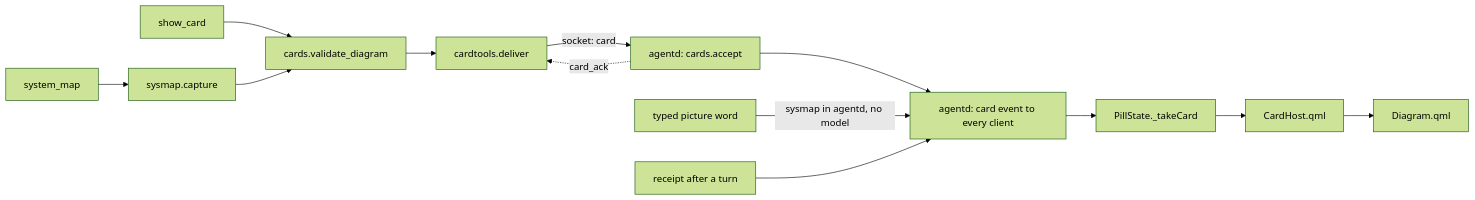
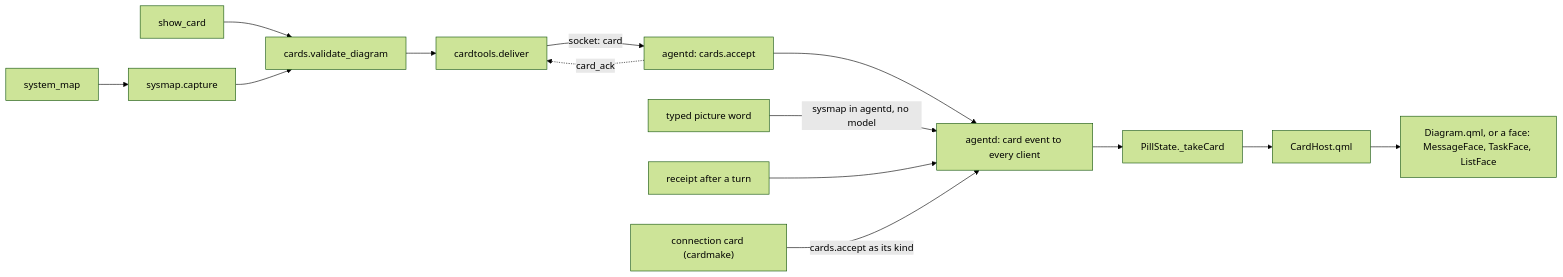
The first of 3 diagrams in docs/architecture/cards-and-pictures.md (thedefaultman/Bombadil), drawn with Mermaid (forest theme) before and after one commit. The commit also changed other lines of this file and 10 other files, not shown here.

First line of the commit message:
docs: messages and connections page, its contract page checked, and the pages for the agent daemon, shell, cards, mail, session services and browser updated (work in progress)

````diff
--- a/docs/architecture/cards-and-pictures.md
+++ b/docs/architecture/cards-and-pictures.md
@@ -41,15 +45,16 @@
 ```mermaid
 flowchart LR
     SC["show_card"] --> VAL["cards.validate_diagram"]
     SM["system_map"] --> CAP["sysmap.capture"]
     CAP --> VAL
     VAL --> DEL["cardtools.deliver"]
     DEL -->|"socket: card"| ACC["agentd: cards.accept"]
     ACC -.->|"card_ack"| DEL
     ACC --> BC["agentd: card event to every client"]
     PW["typed picture word"] -->|"sysmap in agentd, no model"| BC
     RC["receipt after a turn"] --> BC
+    CN["connection card (cardmake)"] -->|"cards.accept as its kind"| BC
     BC --> PS["PillState._takeCard"]
     PS --> CH["CardHost.qml"]
-    CH --> DG["Diagram.qml"]
+    CH --> DG["Diagram.qml, or a face: MessageFace, TaskFace, ListFace"]
 ```
````
